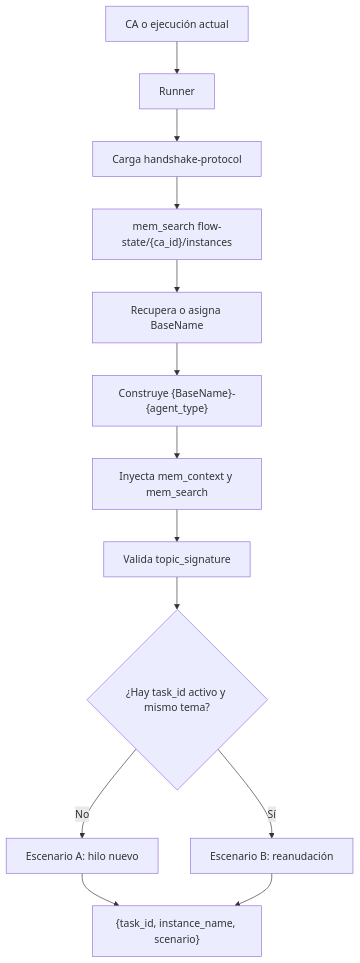
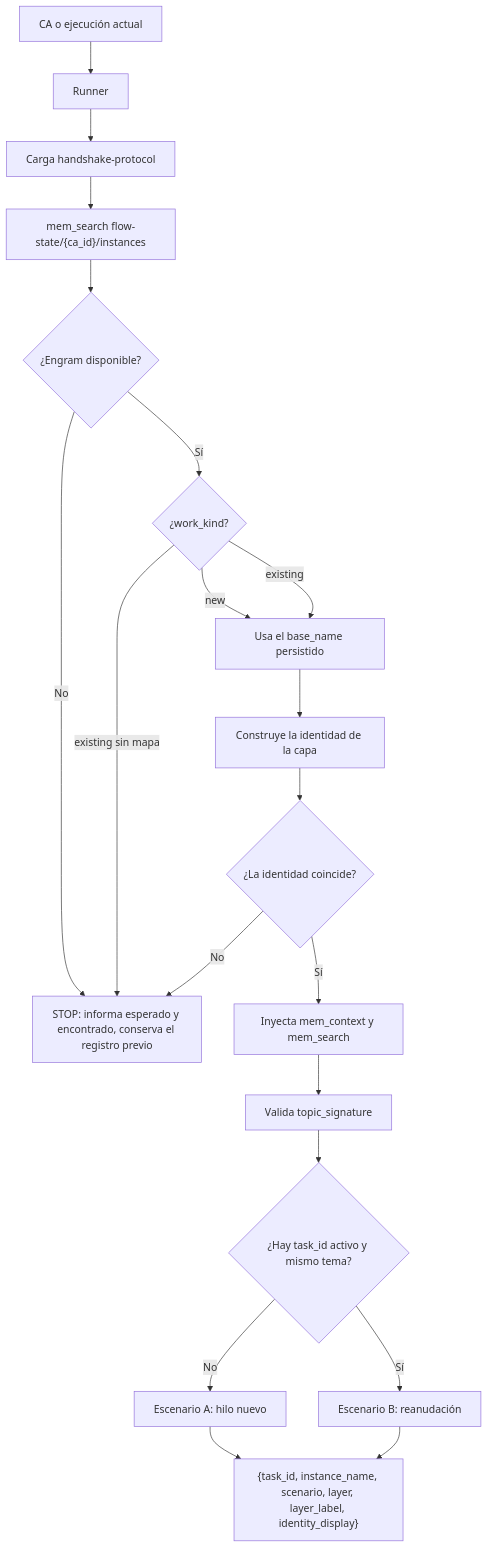
The diagram in docs/architecture/handshake.md (Saez520/flowtask), drawn with Mermaid before and after one commit. The commit also changed other lines of this file and 19 other files, not shown here.

Commit message:
squash merge worktree/CA-agent-identity into main

````diff
--- a/docs/architecture/handshake.md
+++ b/docs/architecture/handshake.md
@@ -21,15 +42,22 @@
 ```mermaid
 flowchart TD
     INPUT["CA o ejecución actual"] --> RUNNER["Runner"]
     RUNNER --> LOAD["Carga handshake-protocol"]
     LOAD --> SEARCH["mem_search flow-state/{ca_id}/instances"]
-    SEARCH --> NAME["Recupera o asigna BaseName"]
-    NAME --> INSTANCE["Construye {BaseName}-{agent_type}"]
-    INSTANCE --> CONTEXT["Inyecta mem_context y mem_search"]
+    SEARCH --> ENGRAM{"¿Engram disponible?"}
+    ENGRAM -->|"No"| STOP["STOP: informa esperado y encontrado, conserva el registro previo"]
+    ENGRAM -->|"Sí"| KIND{"¿work_kind?"}
+    KIND -->|"existing sin mapa"| STOP
+    KIND -->|"new"| NAME["Asigna nombre libre de la lista"]
+    KIND -->|"existing"| NAME["Usa el base_name persistido"]
+    NAME --> INSTANCE["Construye la identidad de la capa"]
+    INSTANCE --> VALID{"¿La identidad coincide?"}
+    VALID -->|"No"| STOP
+    VALID -->|"Sí"| CONTEXT["Inyecta mem_context y mem_search"]
     CONTEXT --> TOPIC["Valida topic_signature"]
     TOPIC --> SCENARIO{"¿Hay task_id activo y mismo tema?"}
     SCENARIO -->|"No"| A["Escenario A: hilo nuevo"]
     SCENARIO -->|"Sí"| B["Escenario B: reanudación"]
-    A --> OUT["{task_id, instance_name, scenario}"]
+    A --> OUT["{task_id, instance_name, scenario, layer, layer_label, identity_display}"]
     B --> OUT
 ```
````
